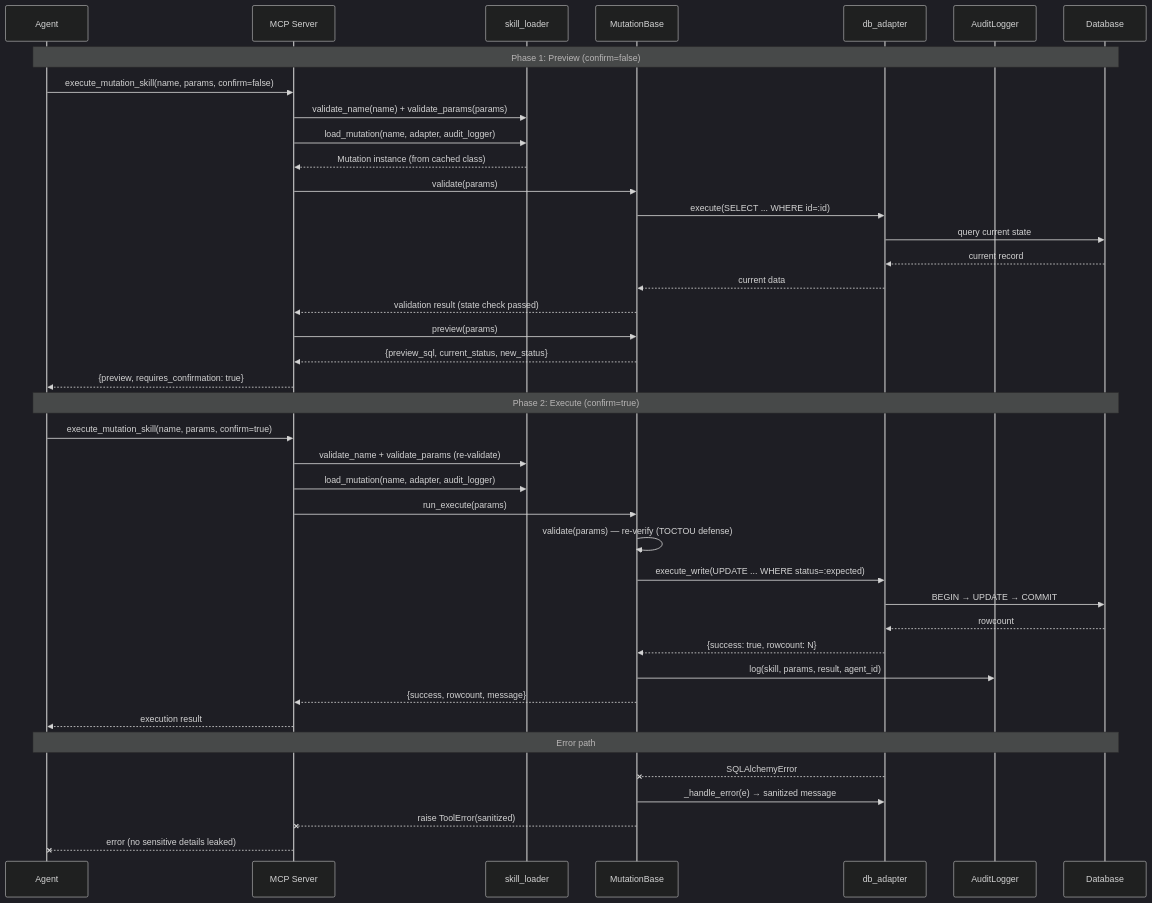
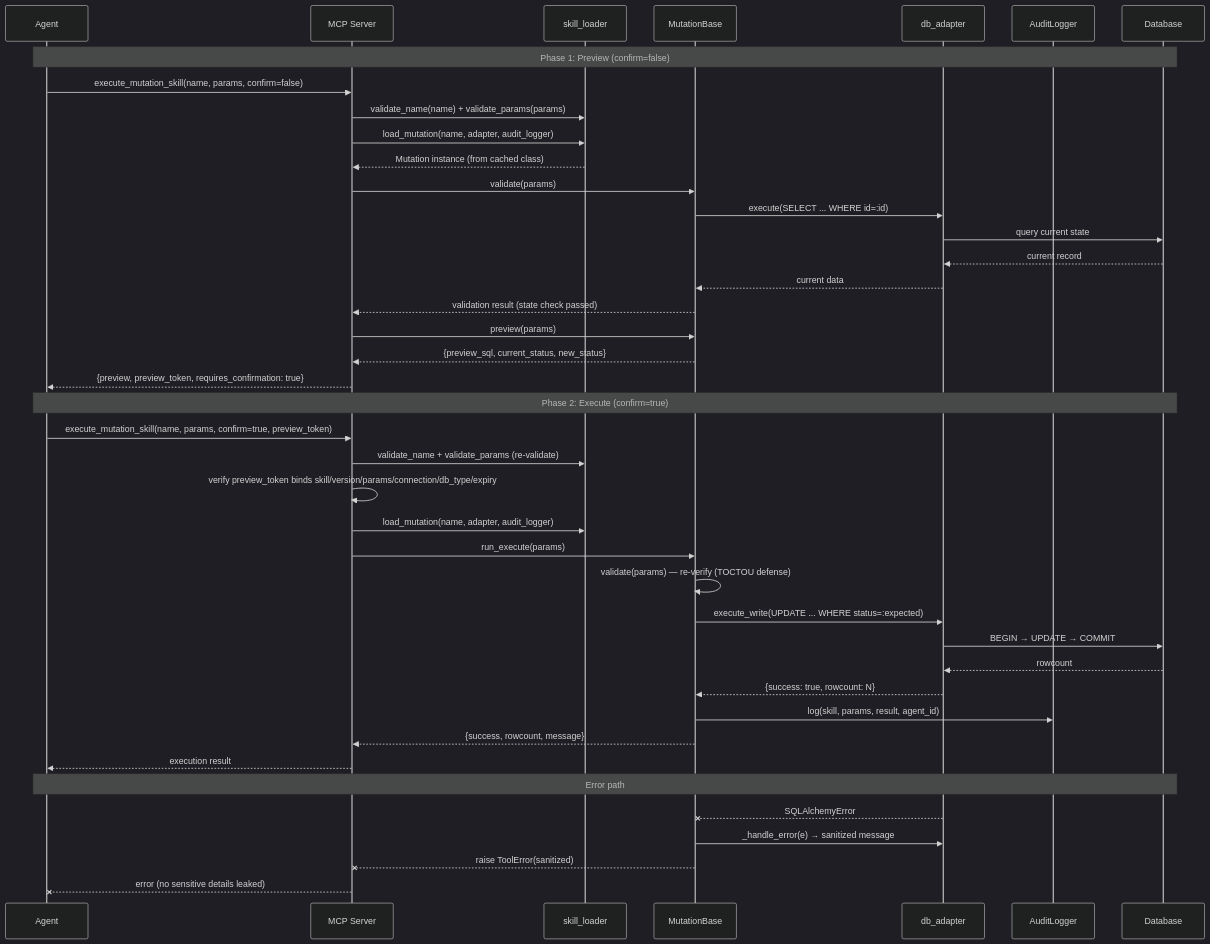
The fifth of 9 diagrams in MCP_AGENTS_SKILLS_DESIGN.md (Firstmeridian/llm-sql-safety-executor-mcp), drawn with Mermaid (dark theme) before and after one commit. The commit also changed other lines of this file and 38 other files, not shown here.

First line of the commit message:
feat(v3.5/v3.6): named database connections and mutation preview tokens

````diff
--- a/MCP_AGENTS_SKILLS_DESIGN.md
+++ b/MCP_AGENTS_SKILLS_DESIGN.md
@@ -275,45 +297,46 @@
 ```mermaid
 sequenceDiagram
     participant Agent
     participant MCP as MCP Server
     participant Loader as skill_loader
     participant Mutation as MutationBase
     participant Adapter as db_adapter
     participant Audit as AuditLogger
     participant DB as Database
 
     Note over Agent,DB: Phase 1: Preview (confirm=false)
     Agent->>MCP: execute_mutation_skill(name, params, confirm=false)
     MCP->>Loader: validate_name(name) + validate_params(params)
     MCP->>Loader: load_mutation(name, adapter, audit_logger)
     Loader-->>MCP: Mutation instance (from cached class)
     MCP->>Mutation: validate(params)
     Mutation->>Adapter: execute(SELECT ... WHERE id=:id)
     Adapter->>DB: query current state
     DB-->>Adapter: current record
     Adapter-->>Mutation: current data
     Mutation-->>MCP: validation result (state check passed)
     MCP->>Mutation: preview(params)
     Mutation-->>MCP: {preview_sql, current_status, new_status}
-    MCP-->>Agent: {preview, requires_confirmation: true}
+    MCP-->>Agent: {preview, preview_token, requires_confirmation: true}
 
     Note over Agent,DB: Phase 2: Execute (confirm=true)
-    Agent->>MCP: execute_mutation_skill(name, params, confirm=true)
+    Agent->>MCP: execute_mutation_skill(name, params, confirm=true, preview_token)
     MCP->>Loader: validate_name + validate_params (re-validate)
+    MCP->>MCP: verify preview_token binds skill/version/params/connection/db_type/expiry
     MCP->>Loader: load_mutation(name, adapter, audit_logger)
     MCP->>Mutation: run_execute(params)
     Mutation->>Mutation: validate(params) — re-verify (TOCTOU defense)
     Mutation->>Adapter: execute_write(UPDATE ... WHERE status=:expected)
     Adapter->>DB: BEGIN → UPDATE → COMMIT
     DB-->>Adapter: rowcount
     Adapter-->>Mutation: {success: true, rowcount: N}
     Mutation->>Audit: log(skill, params, result, agent_id)
     Mutation-->>MCP: {success, rowcount, message}
     MCP-->>Agent: execution result
 
     Note over Agent,DB: Error path
     Adapter--xMutation: SQLAlchemyError
     Mutation->>Adapter: _handle_error(e) → sanitized message
     Mutation--xMCP: raise ToolError(sanitized)
     MCP--xAgent: error (no sensitive details leaked)
 ```
````
